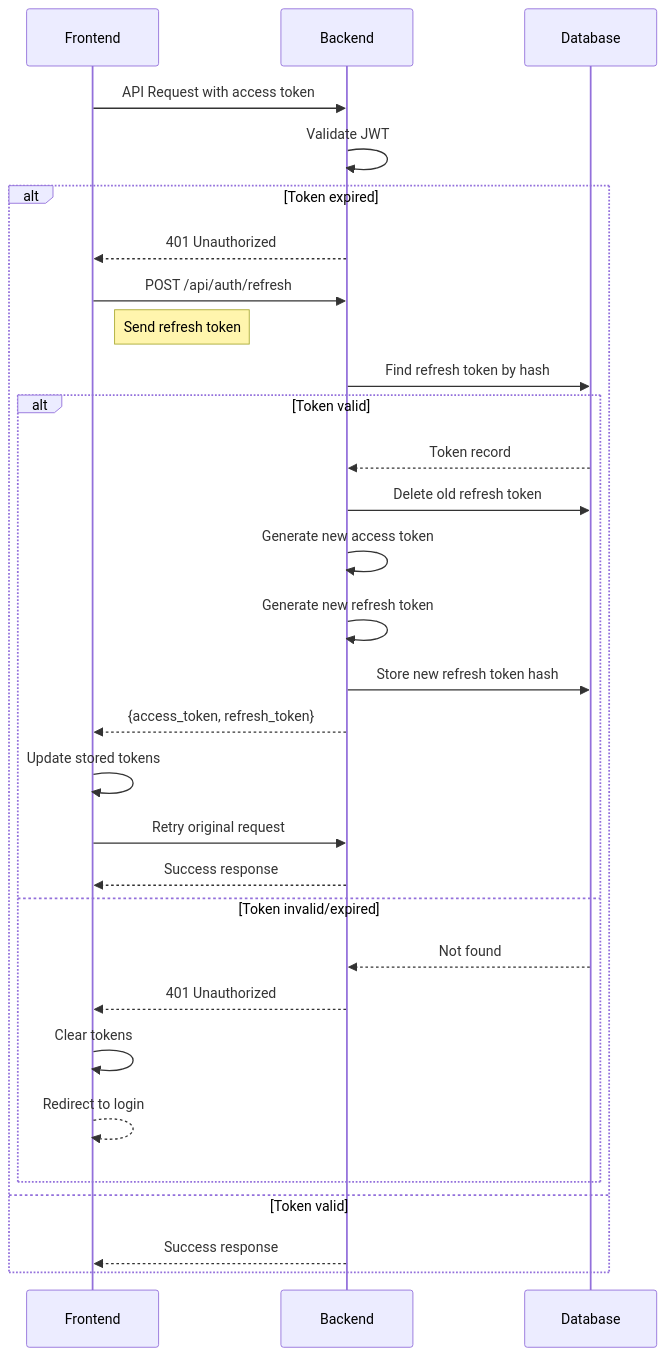
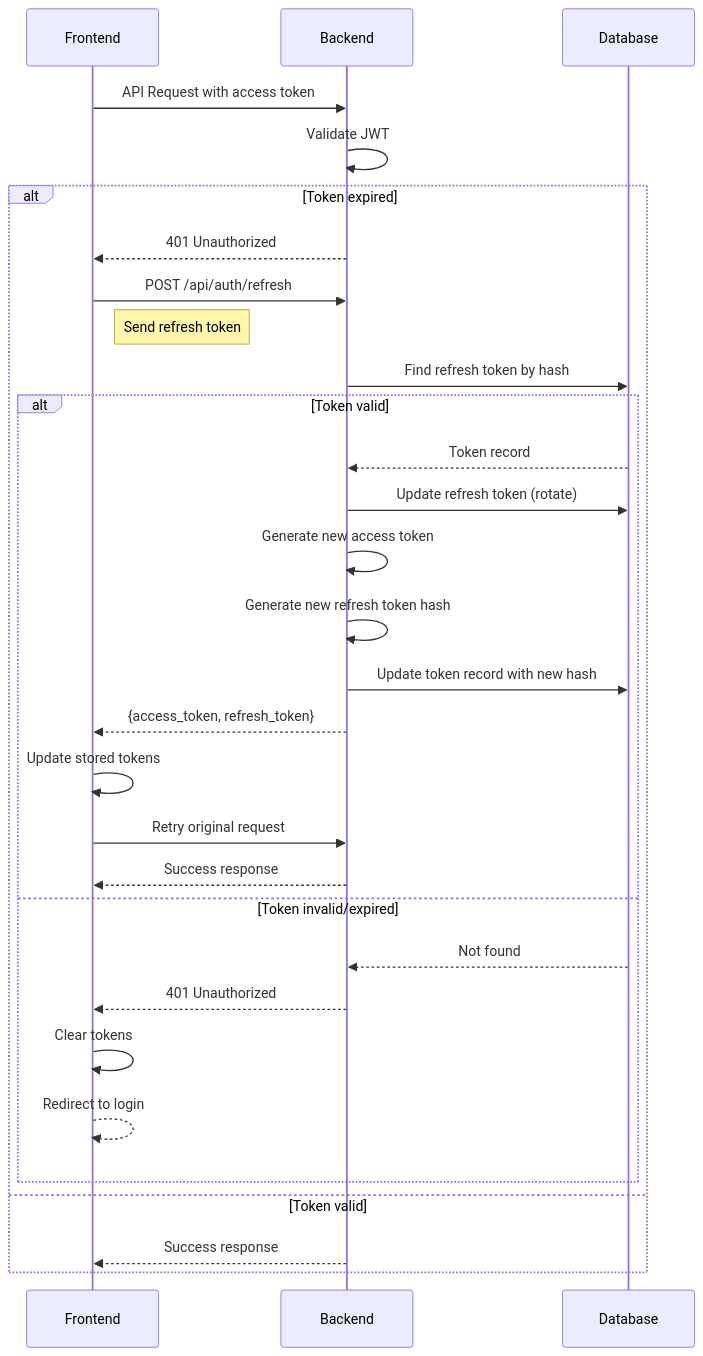
Before and after one commit to neosam/haushalt: the third of 8 diagrams in specs/architecture/05-authentication-flow.md, drawn with Mermaid. The commit also changed other lines of this file, not shown here.

Commit message:
Document per-device refresh token support in auth spec

````diff
--- a/specs/architecture/05-authentication-flow.md
+++ b/specs/architecture/05-authentication-flow.md
@@ -66,33 +66,33 @@
 ```mermaid
 sequenceDiagram
     participant FE as Frontend
     participant BE as Backend
     participant DB as Database
 
     FE->>BE: API Request with access token
     BE->>BE: Validate JWT
     alt Token expired
         BE-->>FE: 401 Unauthorized
         FE->>BE: POST /api/auth/refresh
         Note right of FE: Send refresh token
         BE->>DB: Find refresh token by hash
         alt Token valid
             DB-->>BE: Token record
-            BE->>DB: Delete old refresh token
+            BE->>DB: Update refresh token (rotate)
             BE->>BE: Generate new access token
-            BE->>BE: Generate new refresh token
-            BE->>DB: Store new refresh token hash
+            BE->>BE: Generate new refresh token hash
+            BE->>DB: Update token record with new hash
             BE-->>FE: {access_token, refresh_token}
             FE->>FE: Update stored tokens
             FE->>BE: Retry original request
             BE-->>FE: Success response
         else Token invalid/expired
             DB-->>BE: Not found
             BE-->>FE: 401 Unauthorized
             FE->>FE: Clear tokens
             FE-->>FE: Redirect to login
         end
     else Token valid
         BE-->>FE: Success response
     end
 ```
````
